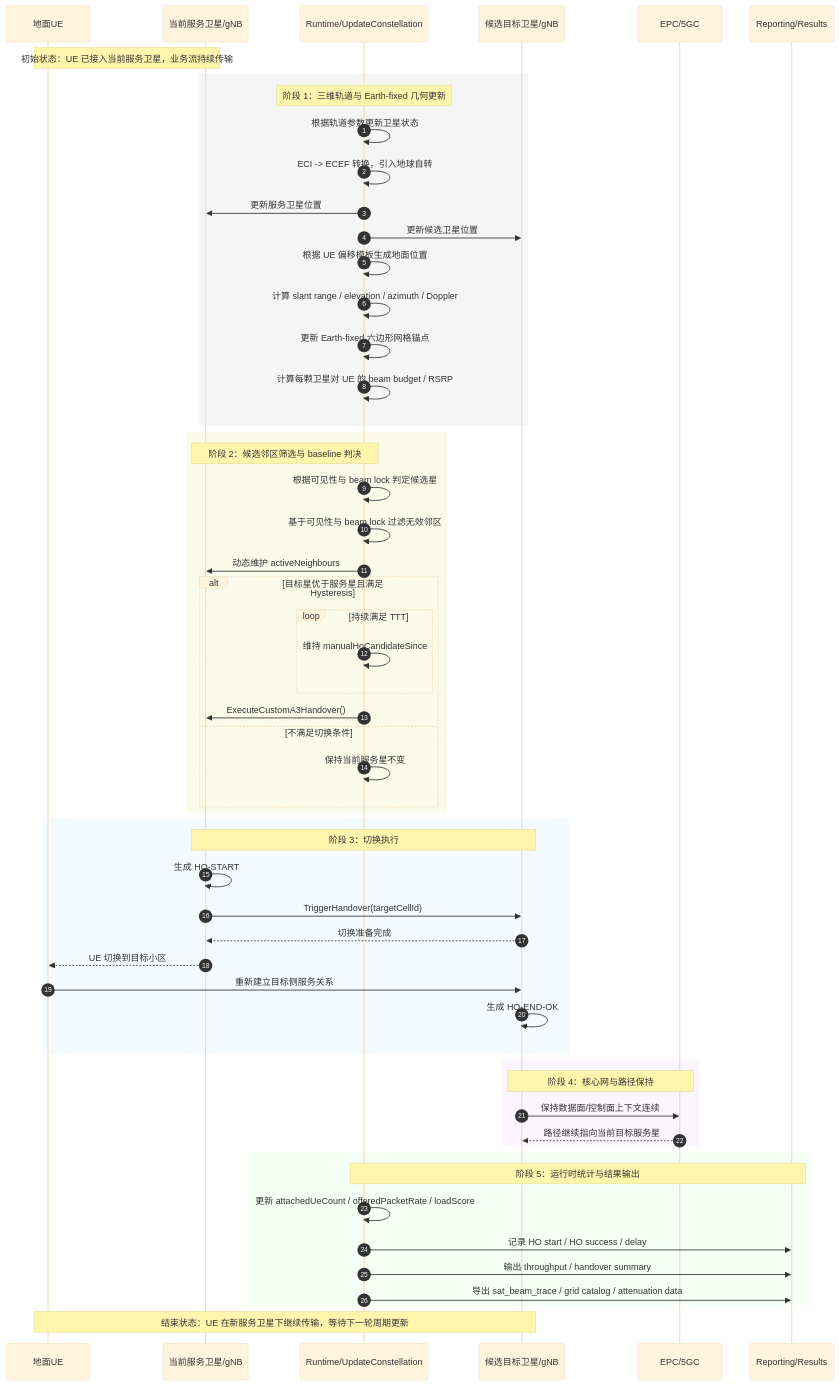
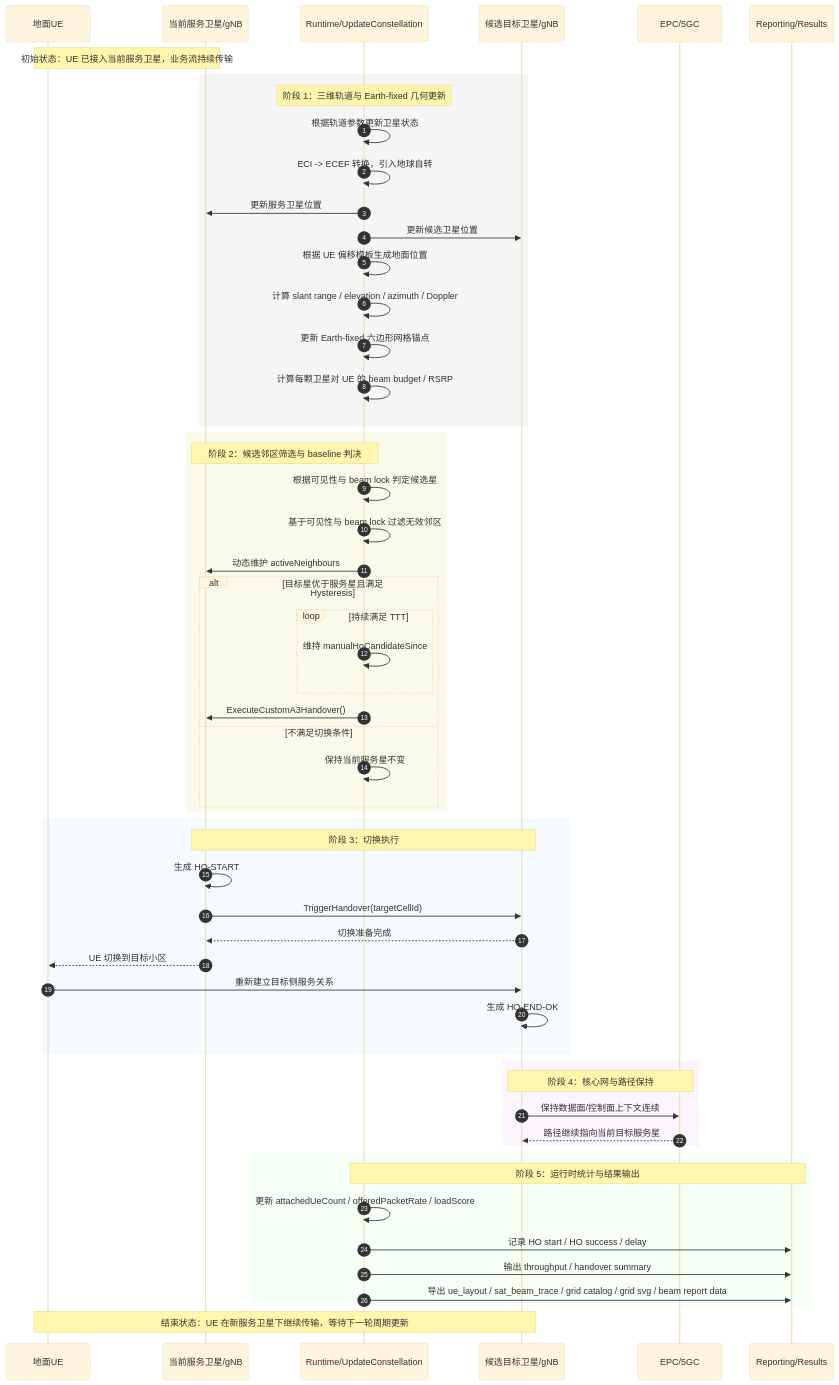
Before and after one commit to wwwwwzq0068/ns3-5glena--: the first of 2 diagrams in scratch/midterm-report/midterm-handover-flowcharts.md, drawn with Mermaid (base theme). The commit also changed 17 other files, not shown here.

````diff
--- a/scratch/midterm-report/midterm-handover-flowcharts.md
+++ b/scratch/midterm-report/midterm-handover-flowcharts.md
@@ -21,65 +21,65 @@
 ```mermaid
 sequenceDiagram
     autonumber
     participant UE as 地面UE
     participant SRC as 当前服务卫星/gNB
     participant RT as Runtime/UpdateConstellation
     participant TGT as 候选目标卫星/gNB
     participant EPC as EPC/5GC
     participant REP as Reporting/Results
 
     Note over UE,SRC: 初始状态：UE 已接入当前服务卫星，业务流持续传输
 
     rect rgb(245,245,245)
         Note over RT: 阶段 1：三维轨道与 Earth-fixed 几何更新
         RT->>RT: 根据轨道参数更新卫星状态
         RT->>RT: ECI -> ECEF 转换，引入地球自转
         RT->>SRC: 更新服务卫星位置
         RT->>TGT: 更新候选卫星位置
         RT->>RT: 根据 UE 偏移模板生成地面位置
         RT->>RT: 计算 slant range / elevation / azimuth / Doppler
         RT->>RT: 更新 Earth-fixed 六边形网格锚点
         RT->>RT: 计算每颗卫星对 UE 的 beam budget / RSRP
     end
 
     rect rgb(250,250,235)
         Note over RT,SRC: 阶段 2：候选邻区筛选与 baseline 判决
         RT->>RT: 根据可见性与 beam lock 判定候选星
         RT->>RT: 基于可见性与 beam lock 过滤无效邻区
         RT->>SRC: 动态维护 activeNeighbours
         alt 目标星优于服务星且满足 Hysteresis
             loop 持续满足 TTT
                 RT->>RT: 维持 manualHoCandidateSince
             end
             RT->>SRC: ExecuteCustomA3Handover()
         else 不满足切换条件
             RT->>RT: 保持当前服务星不变
         end
     end
 
     rect rgb(245,250,255)
         Note over SRC,TGT: 阶段 3：切换执行
         SRC->>SRC: 生成 HO-START
         SRC->>TGT: TriggerHandover(targetCellId)
         TGT-->>SRC: 切换准备完成
         SRC-->>UE: UE 切换到目标小区
         UE->>TGT: 重新建立目标侧服务关系
         TGT->>TGT: 生成 HO-END-OK
     end
 
     rect rgb(250,245,255)
         Note over TGT,EPC: 阶段 4：核心网与路径保持
         TGT->>EPC: 保持数据面/控制面上下文连续
         EPC-->>TGT: 路径继续指向当前目标服务星
     end
 
     rect rgb(245,255,245)
         Note over RT,REP: 阶段 5：运行时统计与结果输出
         RT->>RT: 更新 attachedUeCount / offeredPacketRate / loadScore
         RT->>REP: 记录 HO start / HO success / delay
         RT->>REP: 输出 throughput / handover summary
-        RT->>REP: 导出 sat_beam_trace / grid catalog / attenuation data
+        RT->>REP: 导出 ue_layout / sat_beam_trace / grid catalog / grid svg / beam report data
     end
 
     Note over UE,TGT: 结束状态：UE 在新服务卫星下继续传输，等待下一轮周期更新
 ```
````
